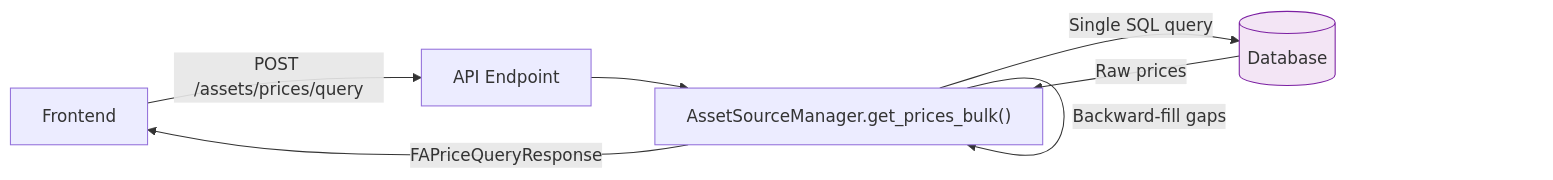
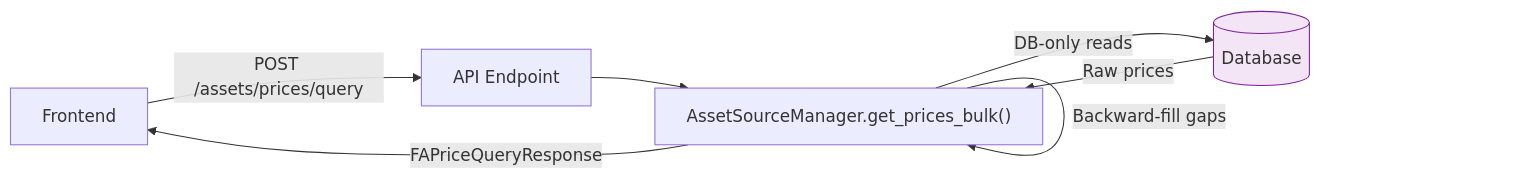
The second of 2 diagrams in mkdocs_src/docs/developer/backend/assets/architecture.md (Librefolio/LibreFolio), drawn with Mermaid before and after one commit. The commit also changed other lines of this file and 23 other files, not shown here.

````diff
--- a/mkdocs_src/docs/developer/backend/assets/architecture.md
+++ b/mkdocs_src/docs/developer/backend/assets/architecture.md
@@ -110,11 +159,11 @@
 ```mermaid
 graph LR
     FE["Frontend"] -- "POST /assets/prices/query" --> API["API Endpoint"]
     API --> Manager["AssetSourceManager.get_prices_bulk()"]
-    Manager -- "Single SQL query" --> DB[(Database)]
+    Manager -- "DB-only reads" --> DB[(Database)]
     DB -- "Raw prices" --> Manager
     Manager -- "Backward-fill gaps" --> Manager
     Manager -- "FAPriceQueryResponse" --> FE
 
     style DB fill:#f3e5f5,stroke:#7b1fa2
 ```
````
